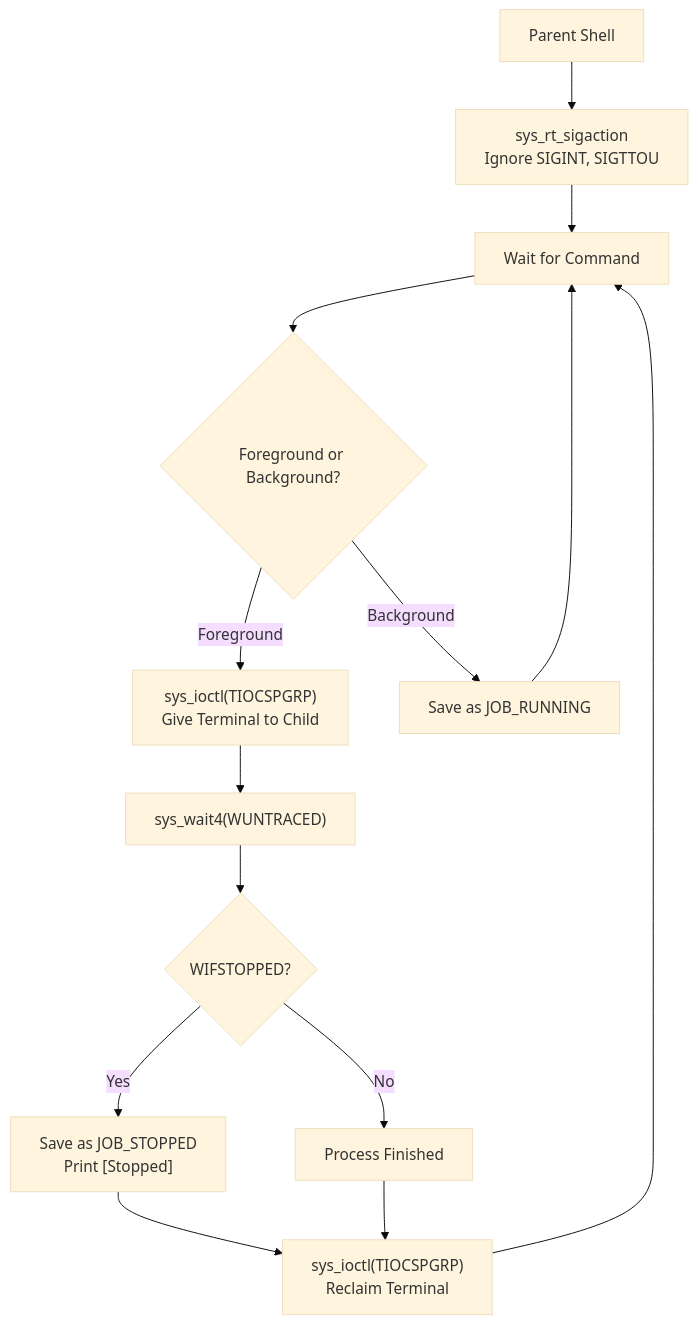
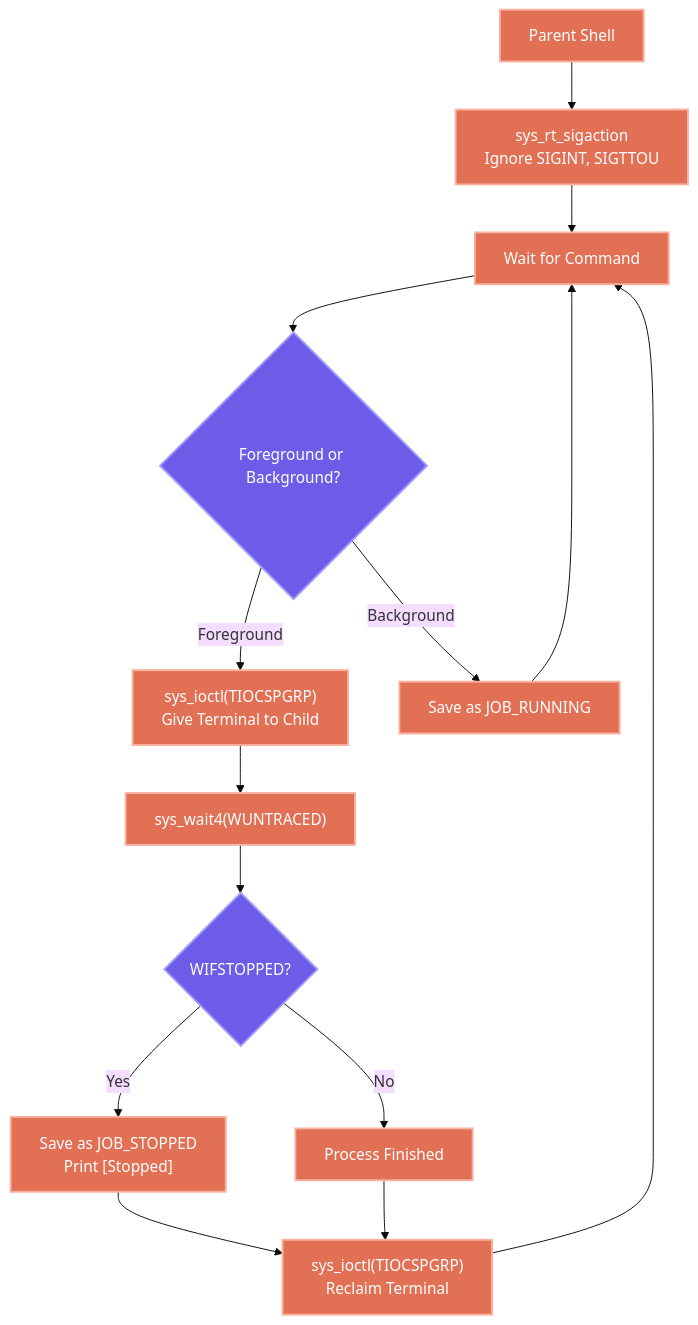
The ninth of 9 diagrams in README.md (Rohitbansaldeveloper/Linux-POSIX-Shell-Implementation-Using-System-Calls-in-C), drawn with Mermaid (base theme) before and after one commit. The commit also changed other lines of this file, not shown here.

Commit message:
docs: improve flow diagrams with colors and formatting

````diff
--- a/README.md
+++ b/README.md
@@ -257,18 +258,21 @@
-  ```mermaid
-  flowchart TD
-      Start["Parent Shell"] --> SetupSignals["sys_rt_sigaction<br>Ignore SIGINT, SIGTTOU"]
-      SetupSignals --> Prompt["Wait for Command"]
-      Prompt --> Exec{"Foreground or Background?"}
-      
-      Exec -->|Foreground| Handover["sys_ioctl(TIOCSPGRP)<br>Give Terminal to Child"]
-      Handover --> Wait4["sys_wait4(WUNTRACED)"]
-      Wait4 --> CheckStatus{"WIFSTOPPED?"}
-      CheckStatus -->|Yes| SaveJob["Save as JOB_STOPPED<br>Print [Stopped]"]
-      CheckStatus -->|No| Done["Process Finished"]
-      SaveJob --> TakeBack["sys_ioctl(TIOCSPGRP)<br>Reclaim Terminal"]
-      Done --> TakeBack
-      TakeBack --> Prompt
-      
-      Exec -->|Background| BgSave["Save as JOB_RUNNING"]
-      BgSave --> Prompt
-  ```
+```mermaid
+flowchart TD
+    classDef job fill:#e17055,stroke:#fab1a0,stroke-width:2px,color:#fff;
+    classDef dec fill:#6c5ce7,stroke:#a29bfe,stroke-width:2px,color:#fff;
+
+    Start["Parent Shell"]:::job --> SetupSignals["sys_rt_sigaction<br/>Ignore SIGINT, SIGTTOU"]:::job
+    SetupSignals --> Prompt["Wait for Command"]:::job
+    Prompt --> Exec{"Foreground or Background?"}:::dec
+    
+    Exec -->|"Foreground"| Handover["sys_ioctl(TIOCSPGRP)<br/>Give Terminal to Child"]:::job
+    Handover --> Wait4["sys_wait4(WUNTRACED)"]:::job
+    Wait4 --> CheckStatus{"WIFSTOPPED?"}:::dec
+    CheckStatus -->|"Yes"| SaveJob["Save as JOB_STOPPED<br/>Print [Stopped]"]:::job
+    CheckStatus -->|"No"| Done["Process Finished"]:::job
+    SaveJob --> TakeBack["sys_ioctl(TIOCSPGRP)<br/>Reclaim Terminal"]:::job
+    Done --> TakeBack
+    TakeBack --> Prompt
+    
+    Exec -->|"Background"| BgSave["Save as JOB_RUNNING"]:::job
+    BgSave --> Prompt
+```
````
